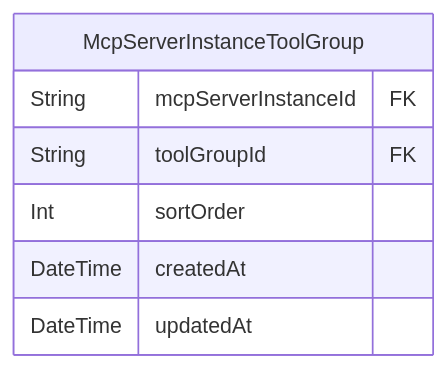
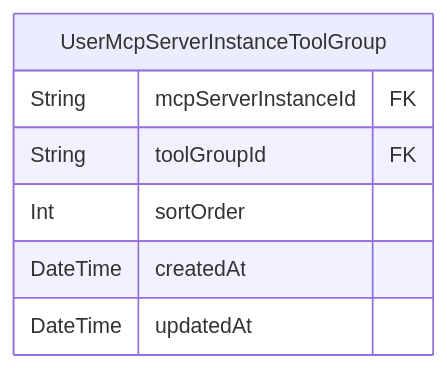
Before and after one commit to rayven122/tumiki: the fifth of 5 diagrams in prisma/README.md, drawn with Mermaid. The commit also changed other lines of this file and 4 other files, not shown here.

Commit message:
ユーザーMcpサーバー設定モデルの名称を変更し、関連するスキーマを更新しました。また、McpServer、Tool、User、ToolGroup、McpServerInstanceのフィールドを整理し、データベースの整合性を向上させました。

````diff
--- a/prisma/README.md
+++ b/prisma/README.md
@@ -616,10 +616,10 @@
 ```mermaid
 erDiagram
-"McpServerInstanceToolGroup" {
+"UserMcpServerInstanceToolGroup" {
   String mcpServerInstanceId FK
   String toolGroupId FK
   Int sortOrder
   DateTime createdAt
   DateTime updatedAt
 }
 ```
````
